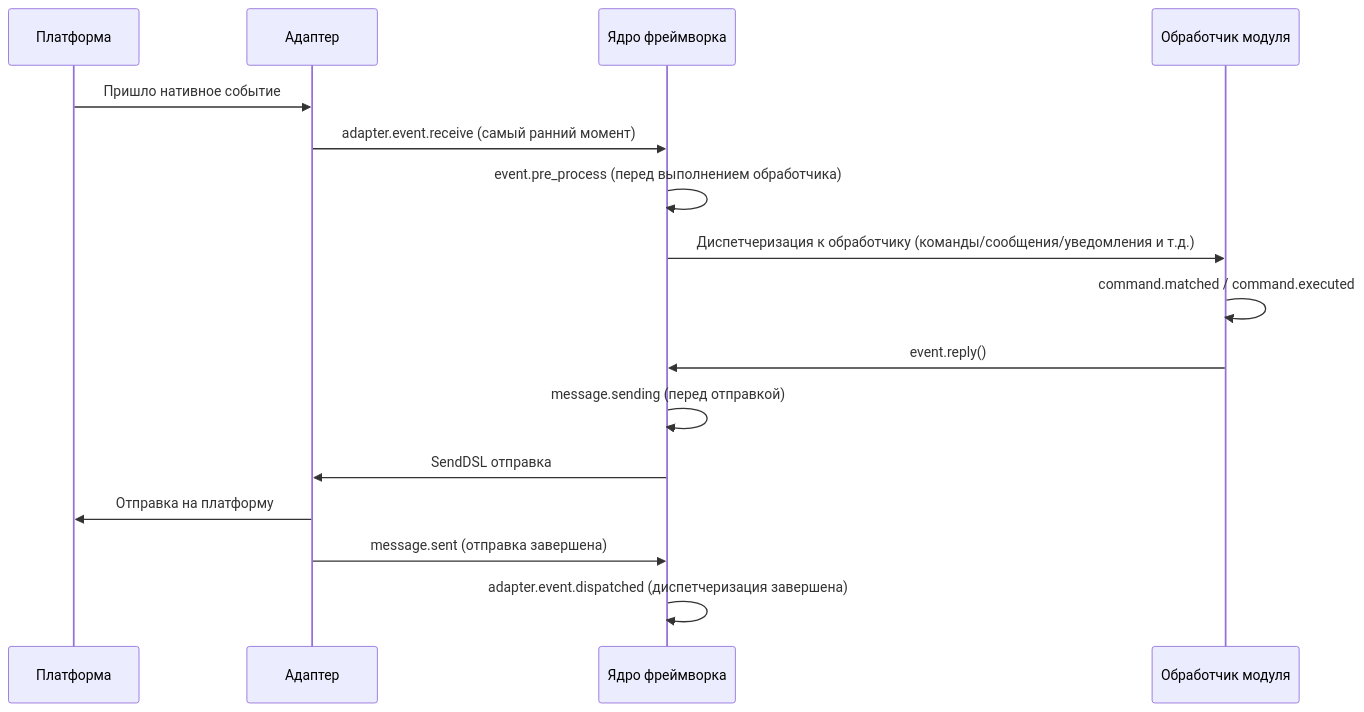
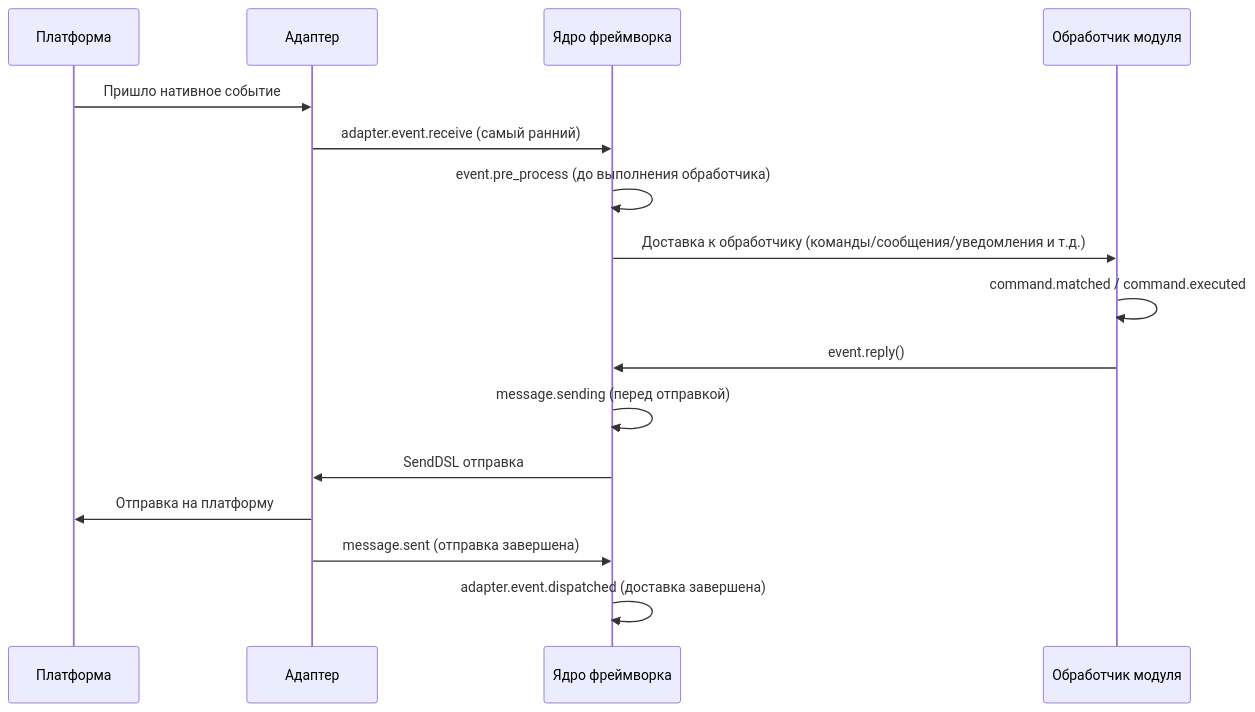
Before and after one commit to ErisPulse/ErisPulse: the diagram in docs/ru/advanced/lifecycle.md, drawn with Mermaid. The commit also changed other lines of this file and 299 other files, not shown here.

````diff
--- a/docs/ru/advanced/lifecycle.md
+++ b/docs/ru/advanced/lifecycle.md
@@ -95,19 +93,19 @@
 ```mermaid
 sequenceDiagram
     participant P as Платформа
     participant A as Адаптер
     participant F as Ядро фреймворка
     participant M as Обработчик модуля
 
     P->>A: Пришло нативное событие
-    A->>F: adapter.event.receive (самый ранний момент)
-    F->>F: event.pre_process (перед выполнением обработчика)
-    F->>M: Диспетчеризация к обработчику (команды/сообщения/уведомления и т.д.)
+    A->>F: adapter.event.receive (самый ранний)
+    F->>F: event.pre_process (до выполнения обработчика)
+    F->>M: Доставка к обработчику (команды/сообщения/уведомления и т.д.)
     M->>M: command.matched / command.executed
     M->>F: event.reply()
     F->>F: message.sending (перед отправкой)
     F->>A: SendDSL отправка
     A->>P: Отправка на платформу
     A->>F: message.sent (отправка завершена)
-    F->>F: adapter.event.dispatched (диспетчеризация завершена)
+    F->>F: adapter.event.dispatched (доставка завершена)
 ```
````
